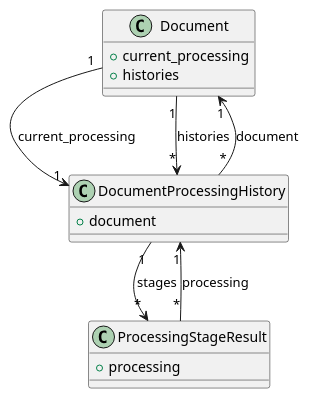
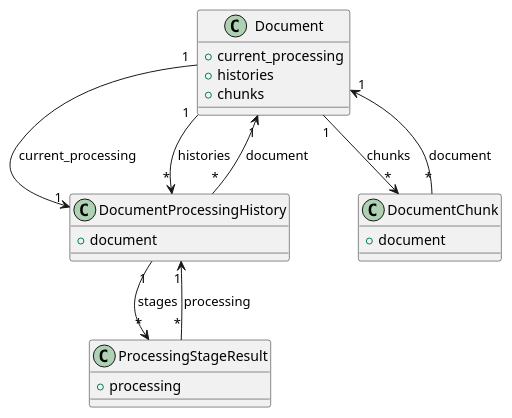
One commit to JazGung/knowlebase changed the second of 2 diagrams in DEG-文档管理.md. Above: the diagram before and after it, drawn with PlantUML. The commit also changed other lines of this file, not shown here.

````diff
--- a/DEG-文档管理.md
+++ b/DEG-文档管理.md
@@ -231,22 +284,29 @@
 ```plantuml
 @startuml
 class Document {
     +current_processing
     +histories
+    +chunks
 }
 
 class DocumentProcessingHistory {
     +document
 }
 
 class ProcessingStageResult {
     +processing
 }
 
+class DocumentChunk {
+    +document
+}
+
 Document "1" --> "1" DocumentProcessingHistory : current_processing
 Document "1" --> "*" DocumentProcessingHistory : histories
 DocumentProcessingHistory "*" --> "1" Document : document
 DocumentProcessingHistory "1" --> "*" ProcessingStageResult : stages
 ProcessingStageResult "*" --> "1" DocumentProcessingHistory : processing
+Document "1" --> "*" DocumentChunk : chunks
+DocumentChunk "*" --> "1" Document : document
 @enduml
 ```
````
